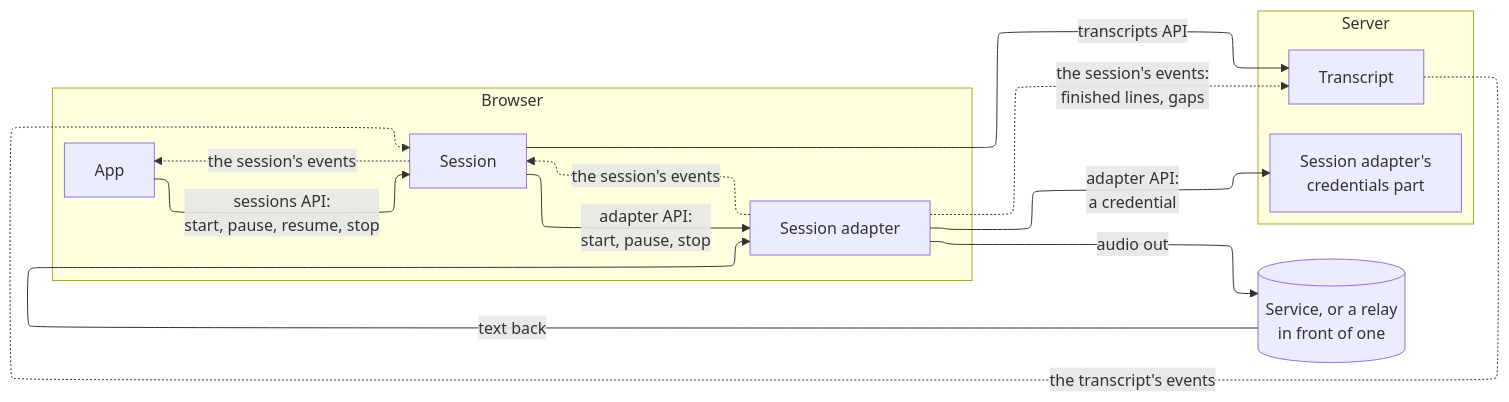
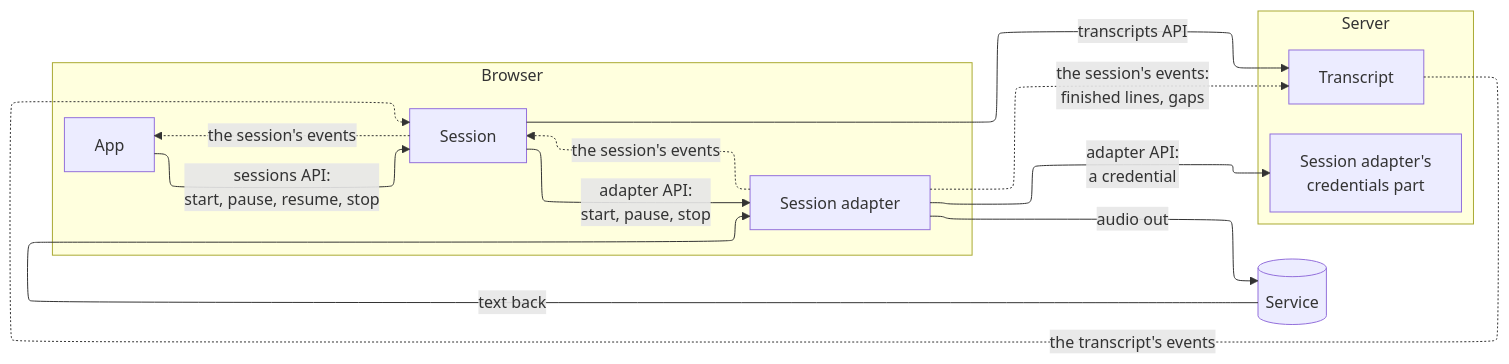
The first of 8 diagrams in docs/architecture/domains/communication-transcripts.md (codeforamerica/safety-net-blueprint), drawn with Mermaid before and after one commit. The commit also changed other lines of this file and 65 other files, not shown here.

````diff
--- a/docs/architecture/domains/communication-transcripts.md
+++ b/docs/architecture/domains/communication-transcripts.md
@@ -53,20 +53,20 @@
 ```mermaid
 %%{init: {"layout": "elk"}}%%
 flowchart LR
   subgraph browser [Browser]
     app[App] -- "sessions API:<br/>start, pause, resume, stop" --> session[Session]
     session -. "the session's events" .-> app
     session -- "adapter API:<br/>start, pause, stop" --> adapter[Session adapter]
     adapter -. "the session's events" .-> session
   end
   subgraph server [Server]
     transcript[Transcript]
     issuer[Session adapter's<br/>credentials part]
   end
   session -- transcripts API --> transcript
   transcript -. "the transcript's events" .-> session
   adapter -. "the session's events:<br/>finished lines, gaps" .-> transcript
   adapter -- "adapter API:<br/>a credential" --> issuer
-  adapter -- "audio out" --> service[(Service, or a relay<br/>in front of one)]
+  adapter -- "audio out" --> service[(Service)]
   service -- "text back" --> adapter
 ```
````
